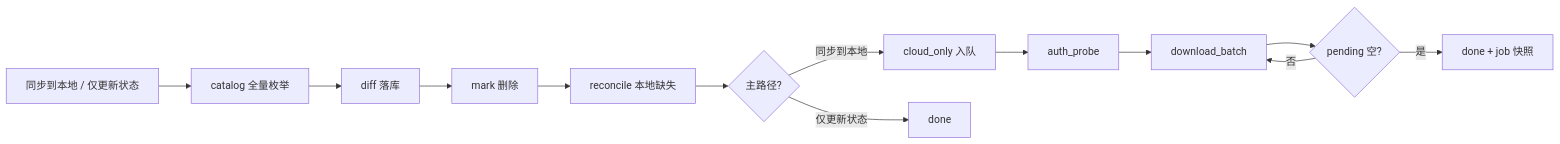
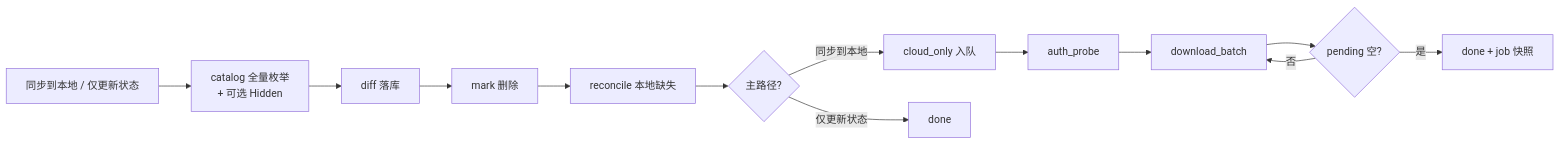
Before and after one commit to cz6c/ll-admin: the second of 3 diagrams in apps/admin/src/views/album/cloudSyncFlow.md, drawn with Mermaid. The commit also changed other lines of this file and 67 other files, not shown here.

First line of the commit message:
feat(admin): Cc 组件体系、全局设置弹窗与 iCloud 共享图库同步

````diff
--- a/apps/admin/src/views/album/cloudSyncFlow.md
+++ b/apps/admin/src/views/album/cloudSyncFlow.md
@@ -69,15 +96,15 @@
 ```mermaid
 flowchart LR
-  R[同步到本地 / 仅更新状态] --> B[catalog 全量枚举]
+  R[同步到本地 / 仅更新状态] --> B["catalog 全量枚举<br/>+ 可选 Hidden"]
   B --> C[diff 落库]
   C --> D[mark 删除]
   D --> E[reconcile 本地缺失]
   E --> S{主路径?}
   S -->|同步到本地| F[cloud_only 入队]
   S -->|仅更新状态| Z[done]
   F --> G[auth_probe]
   G --> H[download_batch]
   H --> I{pending 空?}
   I -->|否| H
   I -->|是| J[done + job 快照]
 ```
````
